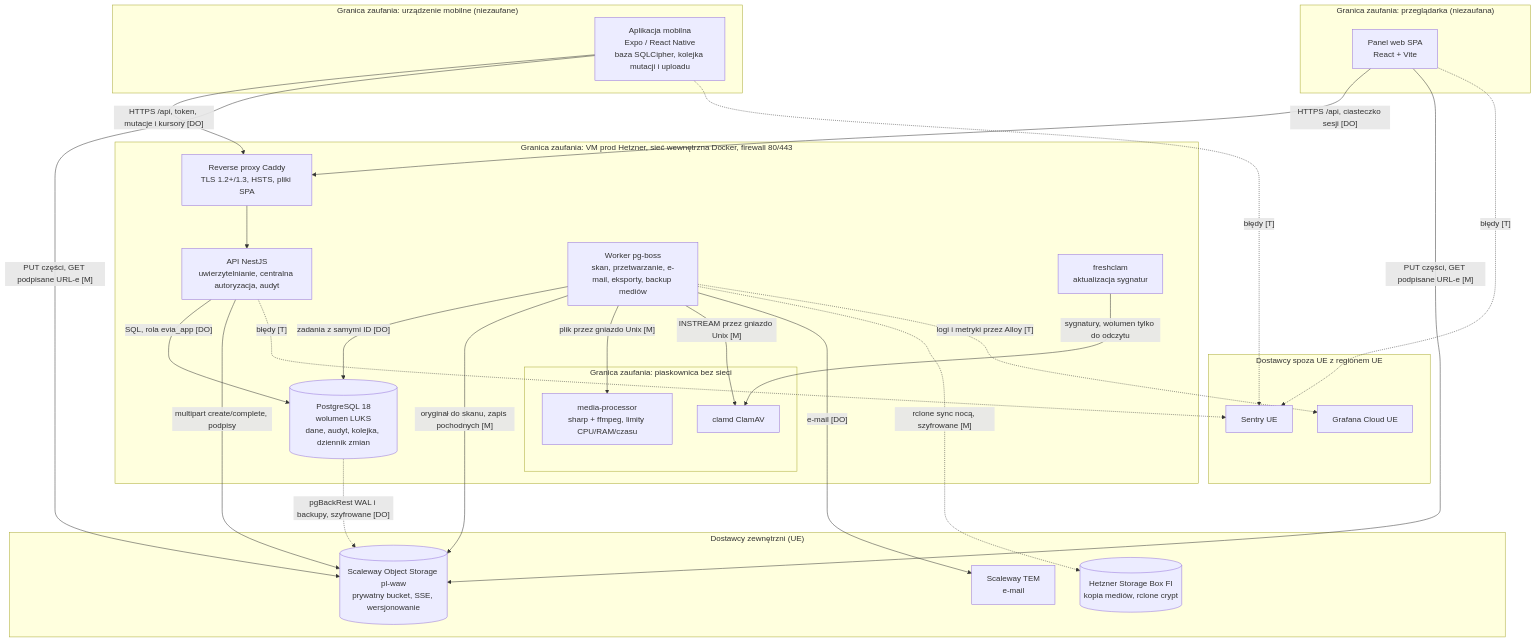
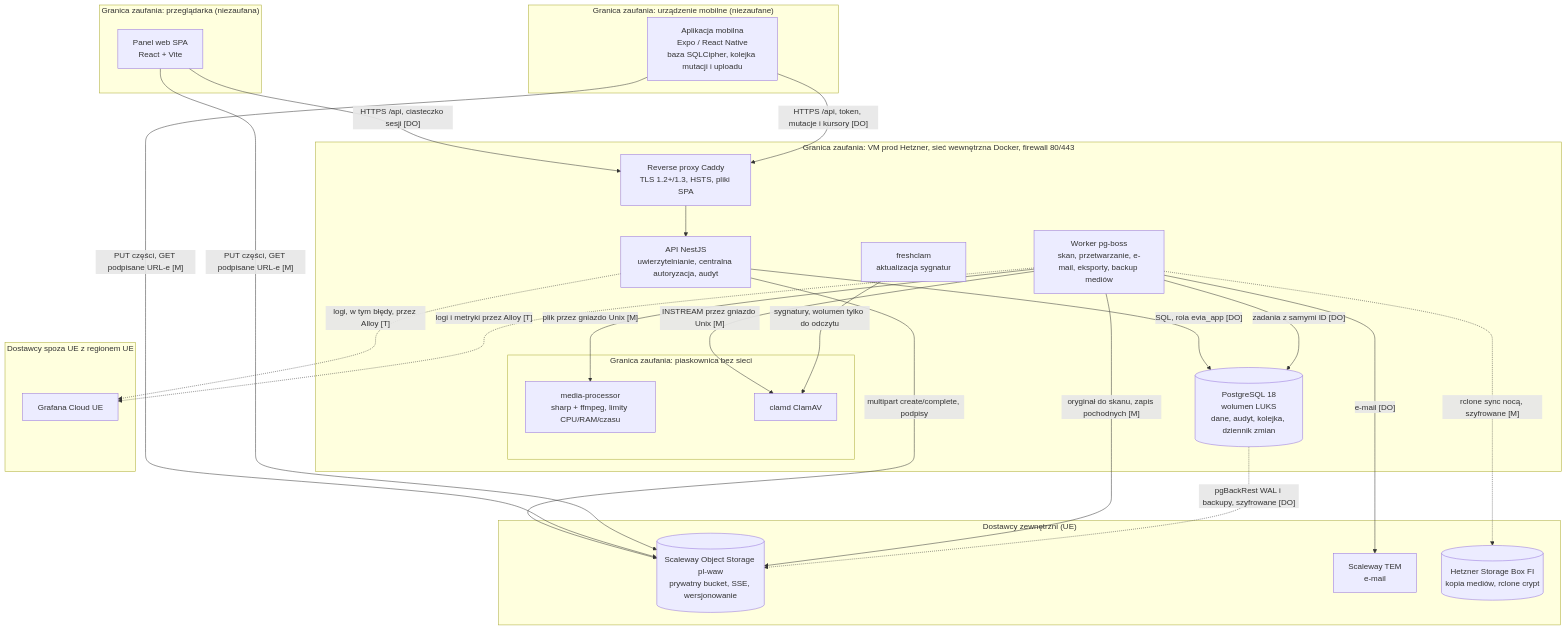
One commit to konradkluz/evia-manager changed the second of 3 diagrams in docs/architecture/README.md. Above: the diagram before and after it, drawn with Mermaid. The commit also changed other lines of this file and 92 other files, not shown here.

````diff
--- a/docs/architecture/README.md
+++ b/docs/architecture/README.md
@@ -89,48 +89,45 @@
 ```mermaid
 flowchart TB
   subgraph TB1["Granica zaufania: urządzenie mobilne (niezaufane)"]
     mobile["Aplikacja mobilna<br/>Expo / React Native<br/>baza SQLCipher, kolejka mutacji i uploadu"]
   end
   subgraph TB2["Granica zaufania: przeglądarka (niezaufana)"]
     spa["Panel web SPA<br/>React + Vite"]
   end
   subgraph TB3["Granica zaufania: VM prod Hetzner, sieć wewnętrzna Docker, firewall 80/443"]
     proxy["Reverse proxy Caddy<br/>TLS 1.2+/1.3, HSTS, pliki SPA"]
     api["API NestJS<br/>uwierzytelnianie, centralna autoryzacja, audyt"]
     worker["Worker pg-boss<br/>skan, przetwarzanie, e-mail, eksporty, backup mediów"]
     db[("PostgreSQL 18<br/>wolumen LUKS<br/>dane, audyt, kolejka, dziennik zmian")]
     fresh["freshclam<br/>aktualizacja sygnatur"]
     subgraph TB4["Granica zaufania: piaskownica bez sieci"]
       proc["media-processor<br/>sharp + ffmpeg, limity CPU/RAM/czasu"]
       clamd["clamd ClamAV"]
     end
   end
   subgraph TB5["Dostawcy zewnętrzni (UE)"]
     s3[("Scaleway Object Storage pl-waw<br/>prywatny bucket, SSE, wersjonowanie")]
     tem["Scaleway TEM<br/>e-mail"]
     box[("Hetzner Storage Box FI<br/>kopia mediów, rclone crypt")]
   end
   subgraph TB6["Dostawcy spoza UE z regionem UE"]
-    sentry["Sentry UE"]
     grafana["Grafana Cloud UE"]
   end
   spa -->|"HTTPS /api, ciasteczko sesji [DO]"| proxy
   mobile -->|"HTTPS /api, token, mutacje i kursory [DO]"| proxy
   proxy --> api
   api -->|"SQL, rola evia_app [DO]"| db
   worker -->|"zadania z samymi ID [DO]"| db
   api -->|"multipart create/complete, podpisy"| s3
   mobile -->|"PUT części, GET podpisane URL-e [M]"| s3
   spa -->|"PUT części, GET podpisane URL-e [M]"| s3
   worker -->|"oryginał do skanu, zapis pochodnych [M]"| s3
   worker -->|"plik przez gniazdo Unix [M]"| proc
   worker -->|"INSTREAM przez gniazdo Unix [M]"| clamd
   fresh -->|"sygnatury, wolumen tylko do odczytu"| clamd
   worker -->|"e-mail [DO]"| tem
   db -.->|"pgBackRest WAL i backupy, szyfrowane [DO]"| s3
   worker -.->|"rclone sync nocą, szyfrowane [M]"| box
-  api -.->|"błędy [T]"| sentry
-  mobile -.->|"błędy [T]"| sentry
-  spa -.->|"błędy [T]"| sentry
+  api -.->|"logi, w tym błędy, przez Alloy [T]"| grafana
   worker -.->|"logi i metryki przez Alloy [T]"| grafana
 ```
````
